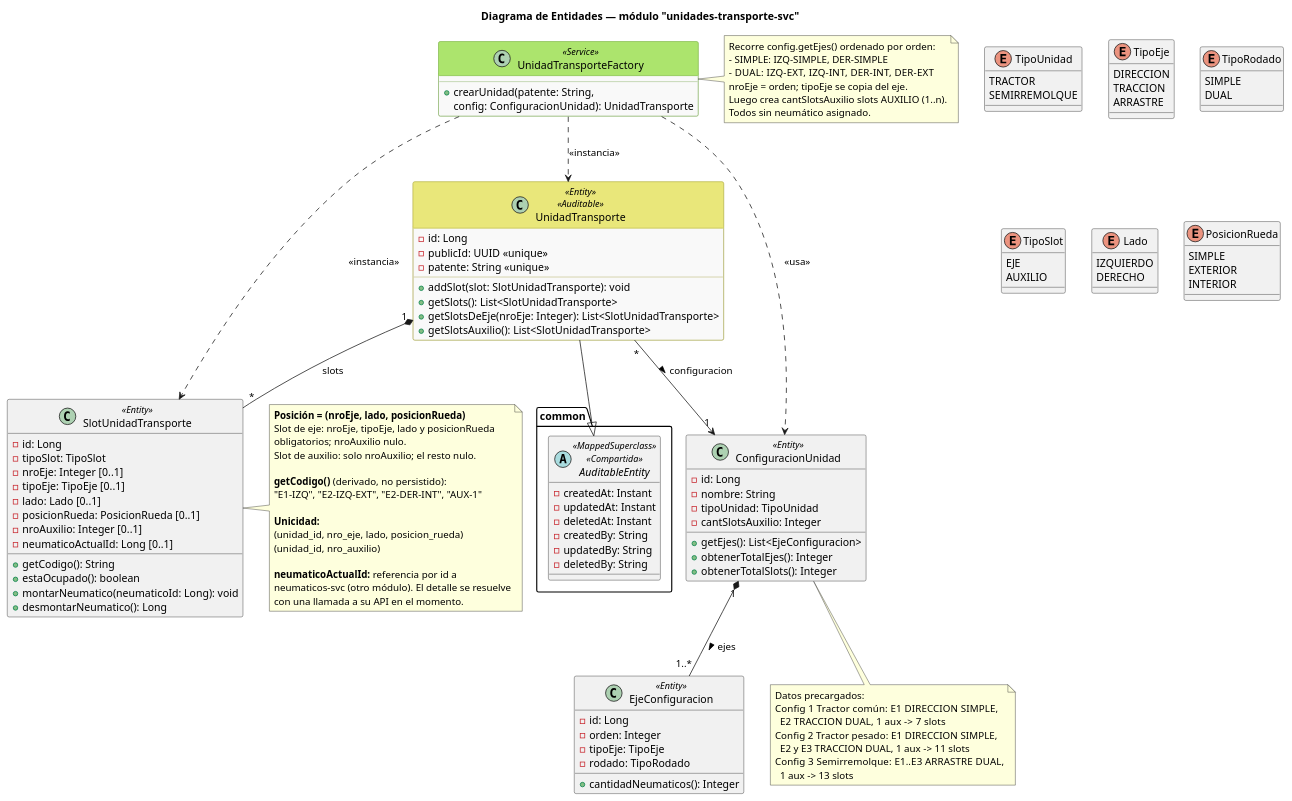
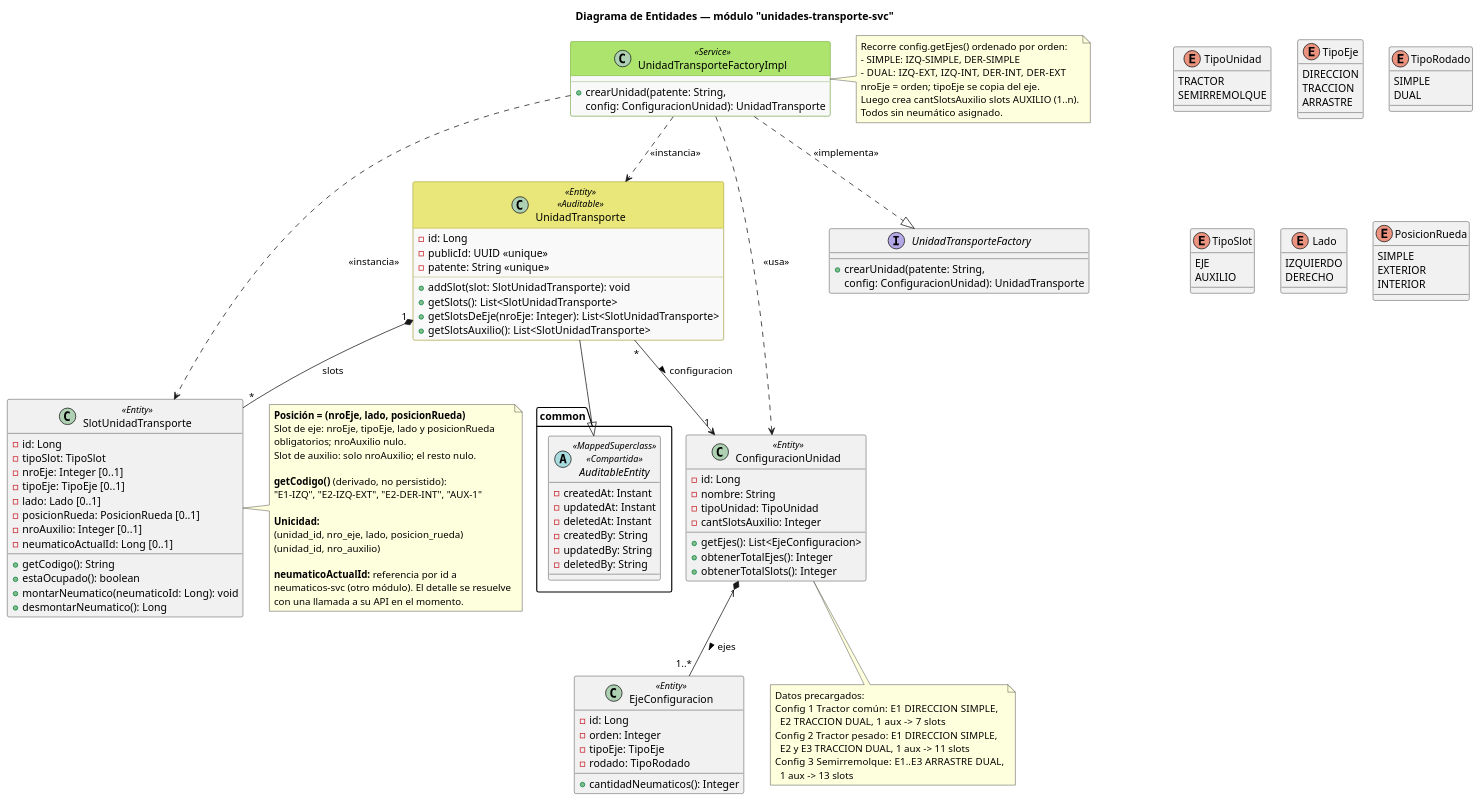
The diagram in docs/Entidades del dominio/dominio-unidades-transporte-svc.puml (niclesanti/gestion-activos-neumaticos), drawn with PlantUML before and after one commit. The commit also changed 51 other files, not shown here.

```diff
--- a/docs/Entidades del dominio/dominio-unidades-transporte-svc.puml
+++ b/docs/Entidades del dominio/dominio-unidades-transporte-svc.puml
@@ -1,160 +1,166 @@
 @startuml dominio-unidades-transporte-svc
 
 title Diagrama de Entidades — módulo "unidades-transporte-svc"
 
 skinparam class {
     BackgroundColor<<Auditable>> #F9F9F9
     BorderColor<<Auditable>> #9b9934
     HeaderBackgroundColor<<Auditable>> #e9e77a
 
     BackgroundColor<<Service>> #F9F9F9
     BorderColor<<Service>> #72a047
     HeaderBackgroundColor<<Service>> #ace46d
 }
 
 ' ============================================================
 ' PATRÓN TYPE OBJECT: la configuración describe sus ejes en orden
 ' ============================================================
 class ConfiguracionUnidad <<Entity>> {
   - id: Long
   - nombre: String
   - tipoUnidad: TipoUnidad
   - cantSlotsAuxilio: Integer
   + getEjes(): List<EjeConfiguracion>
   + obtenerTotalEjes(): Integer
   + obtenerTotalSlots(): Integer
 }
 
 class EjeConfiguracion <<Entity>> {
   - id: Long
   - orden: Integer
   - tipoEje: TipoEje
   - rodado: TipoRodado
   + cantidadNeumaticos(): Integer
 }
 
 enum TipoUnidad {
   TRACTOR
   SEMIRREMOLQUE
 }
 
 enum TipoEje {
   DIRECCION
   TRACCION
   ARRASTRE
 }
 
 enum TipoRodado {
   SIMPLE
   DUAL
 }
 
 ' ============================================================
 ' Agregado raíz del módulo. Único escritor de sus propios datos.
 ' ============================================================
 class UnidadTransporte <<Entity>> <<Auditable>> {
   - id: Long
   - publicId: UUID <<unique>>
   - patente: String <<unique>>
   + addSlot(slot: SlotUnidadTransporte): void
   + getSlots(): List<SlotUnidadTransporte>
   + getSlotsDeEje(nroEje: Integer): List<SlotUnidadTransporte>
   + getSlotsAuxilio(): List<SlotUnidadTransporte>
 }
 
 class SlotUnidadTransporte <<Entity>> {
   - id: Long
   - tipoSlot: TipoSlot
   - nroEje: Integer [0..1]
   - tipoEje: TipoEje [0..1]
   - lado: Lado [0..1]
   - posicionRueda: PosicionRueda [0..1]
   - nroAuxilio: Integer [0..1]
   - neumaticoActualId: Long [0..1]
   + getCodigo(): String
   + estaOcupado(): boolean
   + montarNeumatico(neumaticoId: Long): void
   + desmontarNeumatico(): Long
 }
 
 enum TipoSlot {
   EJE
   AUXILIO
 }
 
 enum Lado {
   IZQUIERDO
   DERECHO
 }
 
 enum PosicionRueda {
   SIMPLE
   EXTERIOR
   INTERIOR
 }
 
 ' ============================================================
-' PATRÓN CREACIONAL: FACTORY
+' PATRÓN CREACIONAL: FACTORY (interfaz + implementación, IoC)
 ' ============================================================
-class UnidadTransporteFactory <<Service>> {
+interface UnidadTransporteFactory {
+  + crearUnidad(patente: String,
+    config: ConfiguracionUnidad): UnidadTransporte
+}
+
+class UnidadTransporteFactoryImpl <<Service>> {
   + crearUnidad(patente: String,
     config: ConfiguracionUnidad): UnidadTransporte
 }
 
 package "common" as common {
   abstract class AuditableEntity <<MappedSuperclass>> <<Compartida>> {
     - createdAt: Instant
     - updatedAt: Instant
     - deletedAt: Instant
     - createdBy: String
     - updatedBy: String
     - deletedBy: String
   }
 }
 
 UnidadTransporte --|> AuditableEntity
 ConfiguracionUnidad "1" *-- "1..*" EjeConfiguracion : ejes >
 UnidadTransporte "*" --> "1" ConfiguracionUnidad : configuracion >
 UnidadTransporte "1" *-- "*" SlotUnidadTransporte : slots
-UnidadTransporteFactory ..> UnidadTransporte : <<instancia>>
-UnidadTransporteFactory ..> ConfiguracionUnidad : <<usa>>
-UnidadTransporteFactory ..> SlotUnidadTransporte : <<instancia>>
+UnidadTransporteFactoryImpl ..|> UnidadTransporteFactory: <<implementa>>
+UnidadTransporteFactoryImpl ..> UnidadTransporte : <<instancia>>
+UnidadTransporteFactoryImpl ..> ConfiguracionUnidad : <<usa>>
+UnidadTransporteFactoryImpl ..> SlotUnidadTransporte : <<instancia>>
 
 note right of SlotUnidadTransporte
   <b>Posición = (nroEje, lado, posicionRueda)</b>
   Slot de eje: nroEje, tipoEje, lado y posicionRueda
   obligatorios; nroAuxilio nulo.
   Slot de auxilio: solo nroAuxilio; el resto nulo.
 
   <b>getCodigo()</b> (derivado, no persistido):
   "E1-IZQ", "E2-IZQ-EXT", "E2-DER-INT", "AUX-1"
 
   <b>Unicidad:</b>
   (unidad_id, nro_eje, lado, posicion_rueda)
   (unidad_id, nro_auxilio)
 
   <b>neumaticoActualId:</b> referencia por id a
   neumaticos-svc (otro módulo). El detalle se resuelve
   con una llamada a su API en el momento.
 end note
 
-note right of UnidadTransporteFactory
+note right of UnidadTransporteFactoryImpl
   Recorre config.getEjes() ordenado por orden:
   - SIMPLE: IZQ-SIMPLE, DER-SIMPLE
   - DUAL:   IZQ-EXT, IZQ-INT, DER-INT, DER-EXT
   nroEje = orden; tipoEje se copia del eje.
   Luego crea cantSlotsAuxilio slots AUXILIO (1..n).
   Todos sin neumático asignado.
 end note
 
 note bottom of ConfiguracionUnidad
   Datos precargados:
   Config 1 Tractor común:   E1 DIRECCION SIMPLE,
     E2 TRACCION DUAL, 1 aux  -> 7 slots
   Config 2 Tractor pesado:  E1 DIRECCION SIMPLE,
     E2 y E3 TRACCION DUAL, 1 aux -> 11 slots
   Config 3 Semirremolque:   E1..E3 ARRASTRE DUAL,
     1 aux -> 13 slots
 end note
 
 @enduml
```
